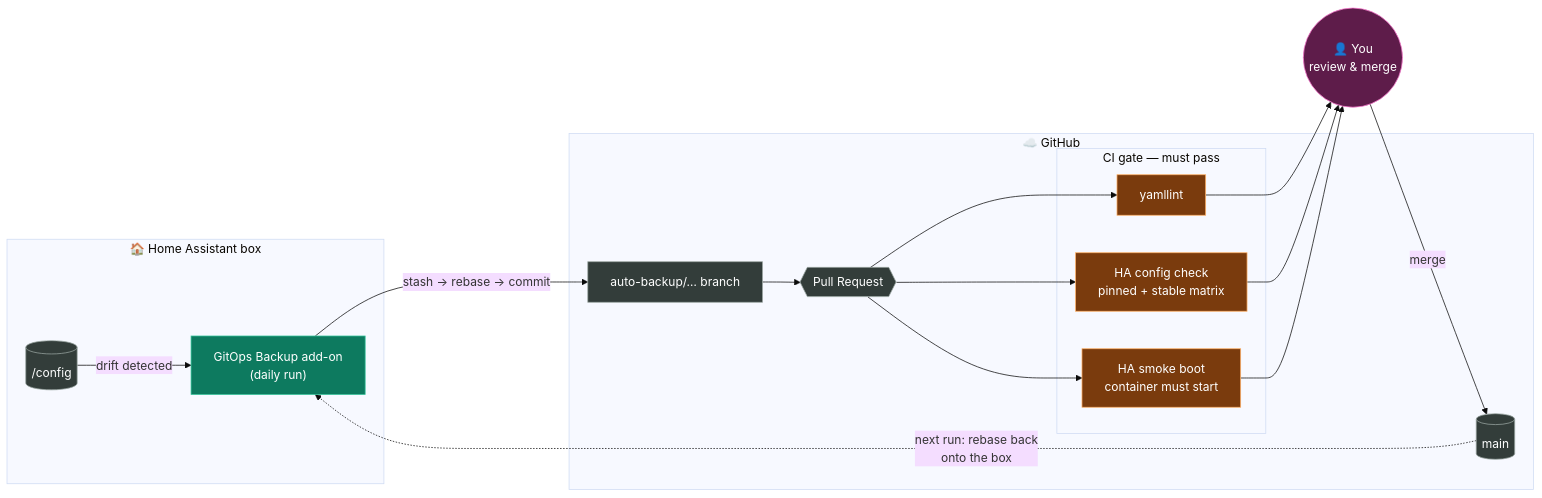
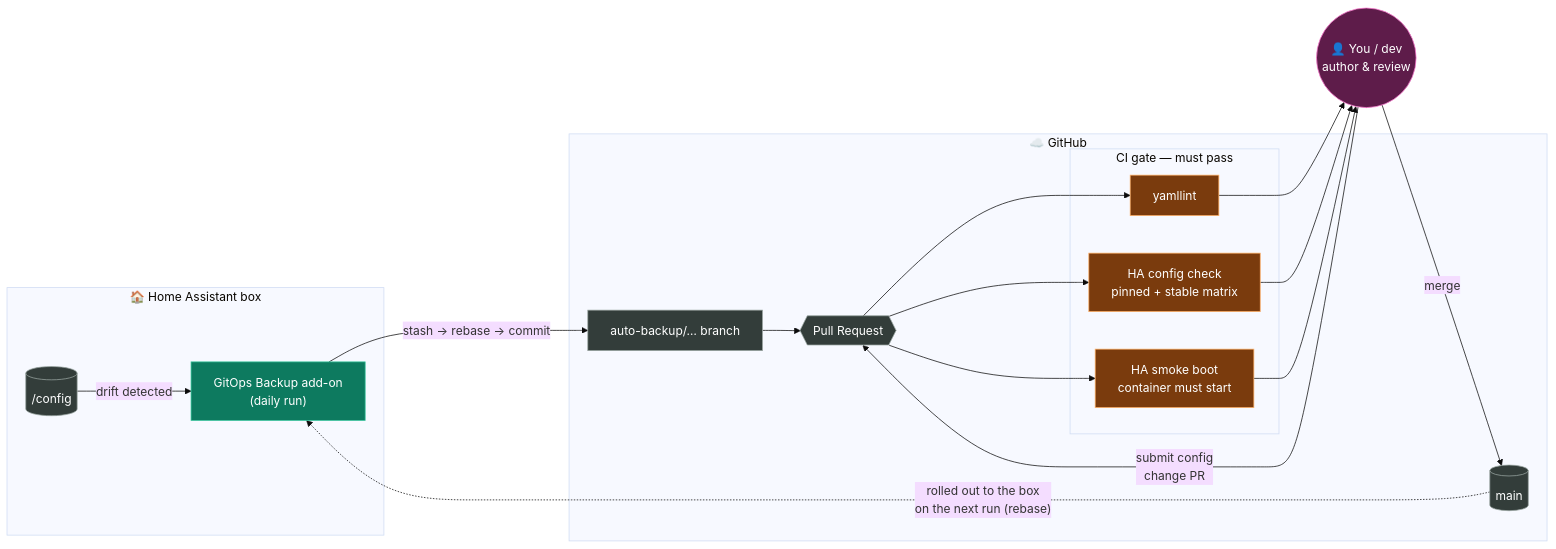
The diagram in README.md (askb/ha-gitops-backup), drawn with Mermaid (base theme) before and after one commit.

Commit message:
docs(diagram): show dev-authored PRs flowing through the same gate to the box

````diff
--- a/README.md
+++ b/README.md
@@ -25,38 +25,39 @@
 ```mermaid
 flowchart LR
     subgraph HA["🏠 Home Assistant box"]
         CFG[("/config")]
         ADDON["GitOps Backup add-on<br/>(daily run)"]
         CFG -- "drift detected" --> ADDON
     end
 
     subgraph GH["☁️ GitHub"]
         BR["auto-backup/… branch"]
         PR{{"Pull Request"}}
         subgraph CI["CI gate — must pass"]
             LINT["yamllint"]
             CHECK["HA config check<br/>pinned + stable matrix"]
             BOOT["HA smoke boot<br/>container must start"]
         end
         MAIN[("main")]
     end
 
-    YOU(("👤 You<br/>review & merge"))
+    YOU(("👤 You / dev<br/>author & review"))
 
     ADDON -- "stash → rebase → commit" --> BR
     BR --> PR
+    YOU -- "submit config<br/>change PR" --> PR
     PR --> LINT & CHECK & BOOT
     LINT & CHECK & BOOT --> YOU
     YOU -- "merge" --> MAIN
-    MAIN -. "next run: rebase back<br/>onto the box" .-> ADDON
+    MAIN -. "rolled out to the box<br/>on the next run (rebase)" .-> ADDON
 
     classDef box fill:#1c3a5e,stroke:#7fb3ff,color:#ffffff
     classDef addon fill:#0d7a5f,stroke:#34c39a,color:#ffffff
     classDef gate fill:#7a3b0d,stroke:#ffb066,color:#ffffff
     classDef human fill:#5e1c4a,stroke:#ff7fd4,color:#ffffff
     classDef store fill:#333d3a,stroke:#9aa5a1,color:#ffffff
     class ADDON addon
     class LINT,CHECK,BOOT gate
     class YOU human
     class CFG,MAIN,BR,PR store
 ```
````
